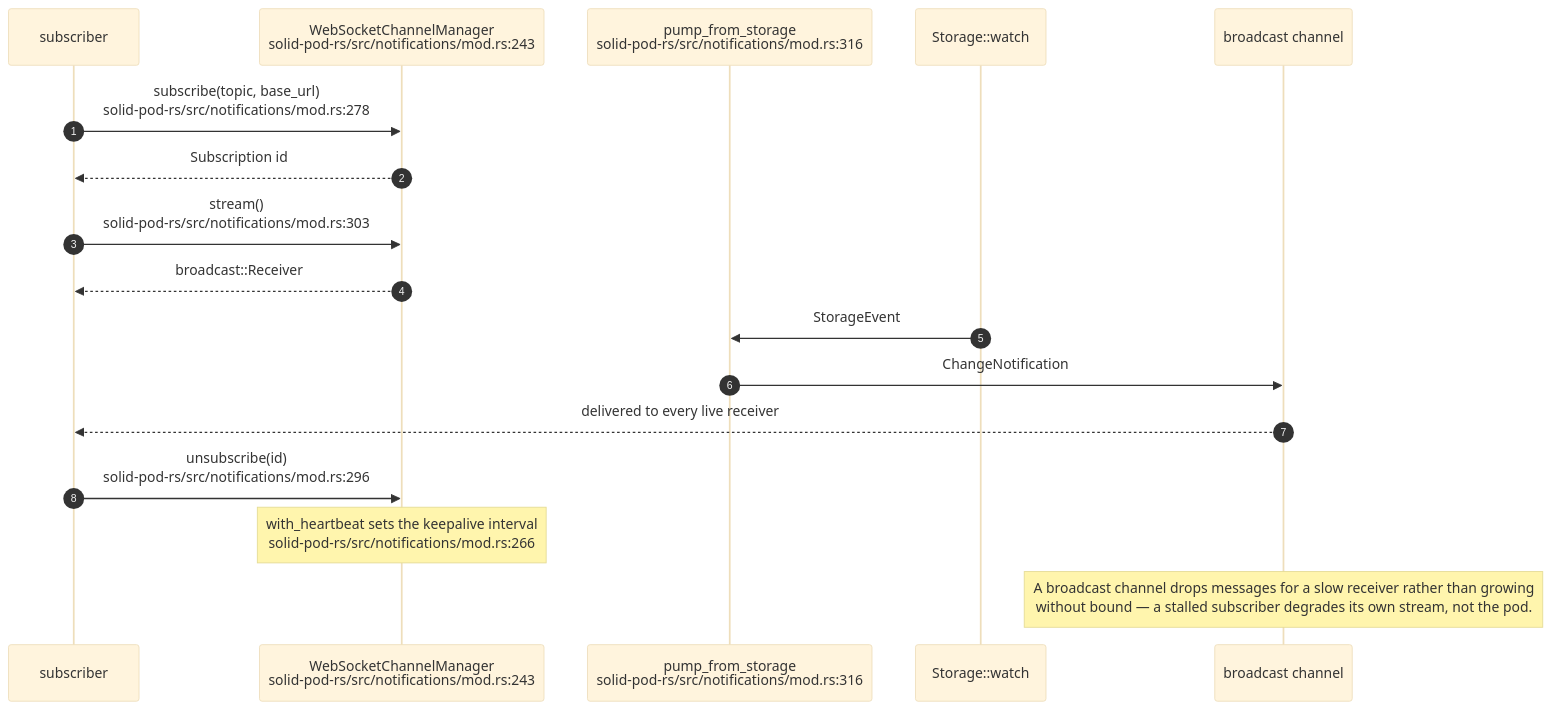
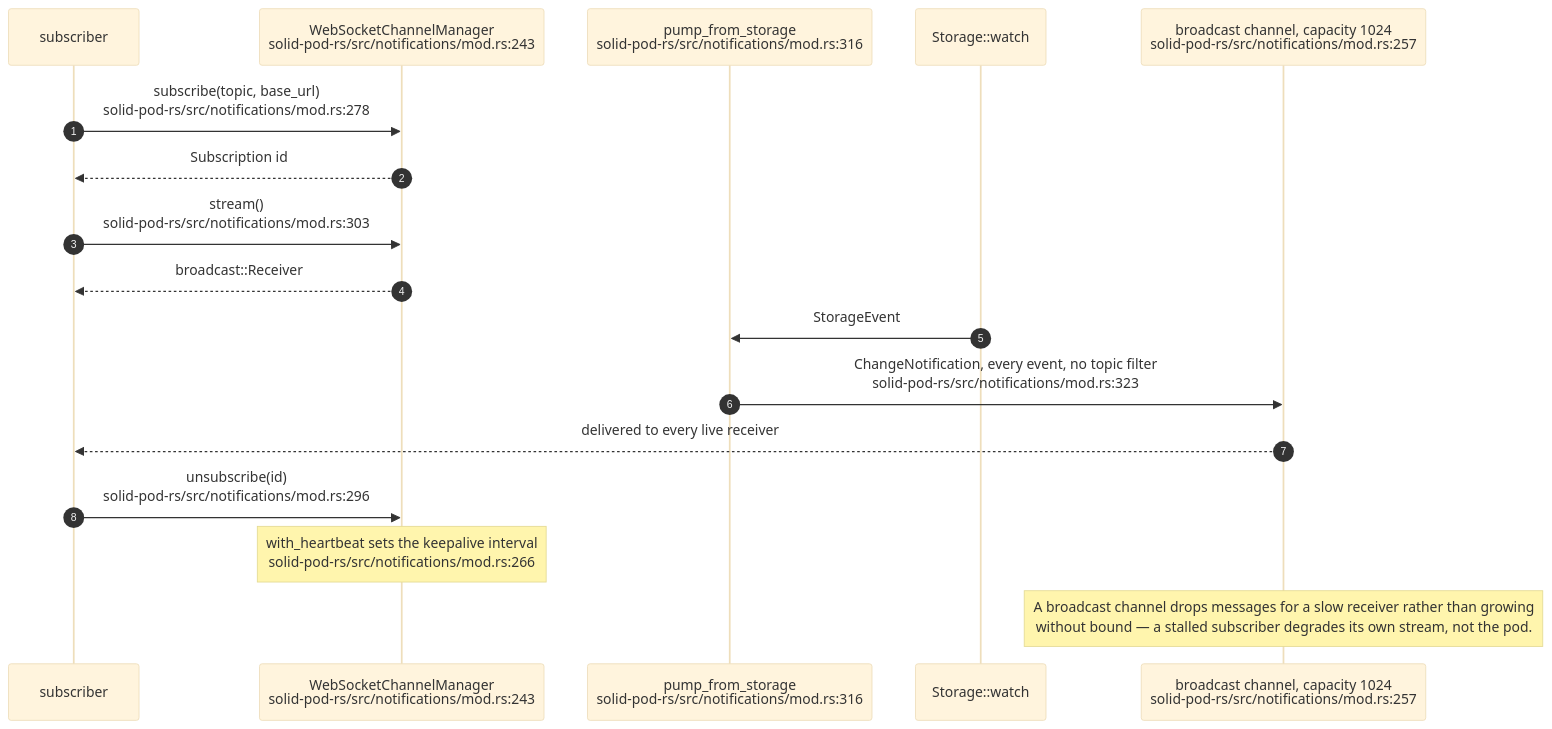
The second of 17 diagrams in docs/diagrams/solid-pod-rs/08-federation-notifications-forge-mcp.md (DreamLab-AI/VisionFlow), drawn with Mermaid (base theme) before and after one commit. The commit also changed other lines of this file and 47 other files, not shown here.

````diff
--- a/docs/diagrams/solid-pod-rs/08-federation-notifications-forge-mcp.md
+++ b/docs/diagrams/solid-pod-rs/08-federation-notifications-forge-mcp.md
@@ -81,20 +95,20 @@
 ```mermaid
 sequenceDiagram
     autonumber
     participant C as subscriber
     participant M as WebSocketChannelManager<br/>solid-pod-rs/src/notifications/mod.rs:243
     participant P as pump_from_storage<br/>solid-pod-rs/src/notifications/mod.rs:316
     participant S as Storage::watch
-    participant B as broadcast channel
+    participant B as broadcast channel, capacity 1024<br/>solid-pod-rs/src/notifications/mod.rs:257
 
     C->>M: subscribe(topic, base_url)<br/>solid-pod-rs/src/notifications/mod.rs:278
     M-->>C: Subscription id
     C->>M: stream()<br/>solid-pod-rs/src/notifications/mod.rs:303
     M-->>C: broadcast::Receiver
     S->>P: StorageEvent
-    P->>B: ChangeNotification
+    P->>B: ChangeNotification, every event, no topic filter<br/>solid-pod-rs/src/notifications/mod.rs:323
     B-->>C: delivered to every live receiver
     C->>M: unsubscribe(id)<br/>solid-pod-rs/src/notifications/mod.rs:296
     Note over M: with_heartbeat sets the keepalive interval<br/>solid-pod-rs/src/notifications/mod.rs:266
     Note over B: A broadcast channel drops messages for a slow receiver rather than growing<br/>without bound — a stalled subscriber degrades its own stream, not the pod.
 ```
````
